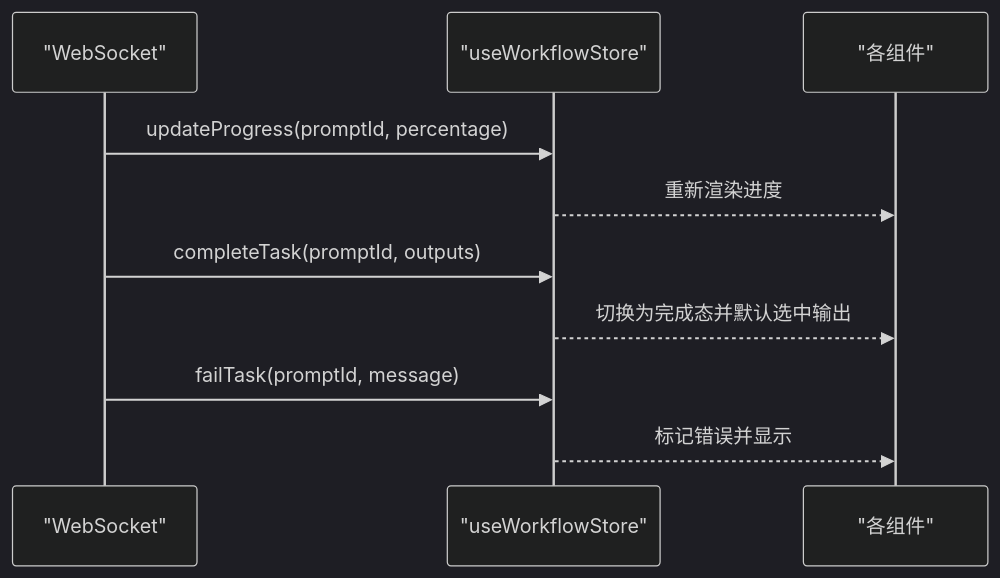
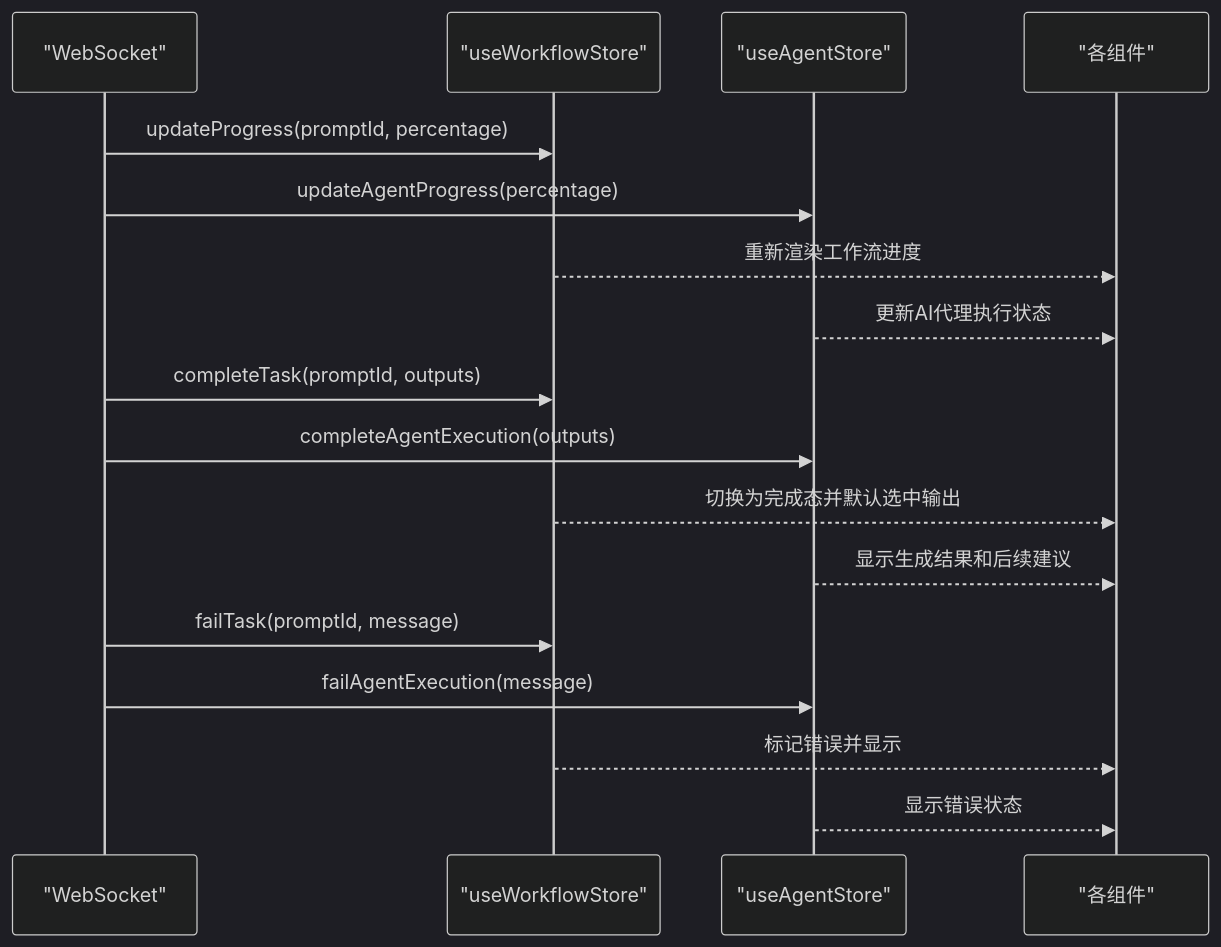
One commit to billye220670/CorineKit_Pix2Real changed the sixth of 9 diagrams in .qoder/repowiki/zh/content/前端应用/WebSocket 通信.md. Above: the diagram before and after it, drawn with Mermaid (dark theme). The commit also changed other lines of this file and 20 other files, not shown here.

````diff
--- a/.qoder/repowiki/zh/content/前端应用/WebSocket 通信.md
+++ b/.qoder/repowiki/zh/content/前端应用/WebSocket 通信.md
@@ -221,12 +286,19 @@
 ```mermaid
 sequenceDiagram
 participant WS as "WebSocket"
-participant Store as "useWorkflowStore"
+participant WFStore as "useWorkflowStore"
+participant AgentStore as "useAgentStore"
 participant UI as "各组件"
-WS->>Store : updateProgress(promptId, percentage)
-Store-->>UI : 重新渲染进度
-WS->>Store : completeTask(promptId, outputs)
-Store-->>UI : 切换为完成态并默认选中输出
-WS->>Store : failTask(promptId, message)
-Store-->>UI : 标记错误并显示
+WS->>WFStore : updateProgress(promptId, percentage)
+WS->>AgentStore : updateAgentProgress(percentage)
+WFStore-->>UI : 重新渲染工作流进度
+AgentStore-->>UI : 更新AI代理执行状态
+WS->>WFStore : completeTask(promptId, outputs)
+WS->>AgentStore : completeAgentExecution(outputs)
+WFStore-->>UI : 切换为完成态并默认选中输出
+AgentStore-->>UI : 显示生成结果和后续建议
+WS->>WFStore : failTask(promptId, message)
+WS->>AgentStore : failAgentExecution(message)
+WFStore-->>UI : 标记错误并显示
+AgentStore-->>UI : 显示错误状态
 ```
````
